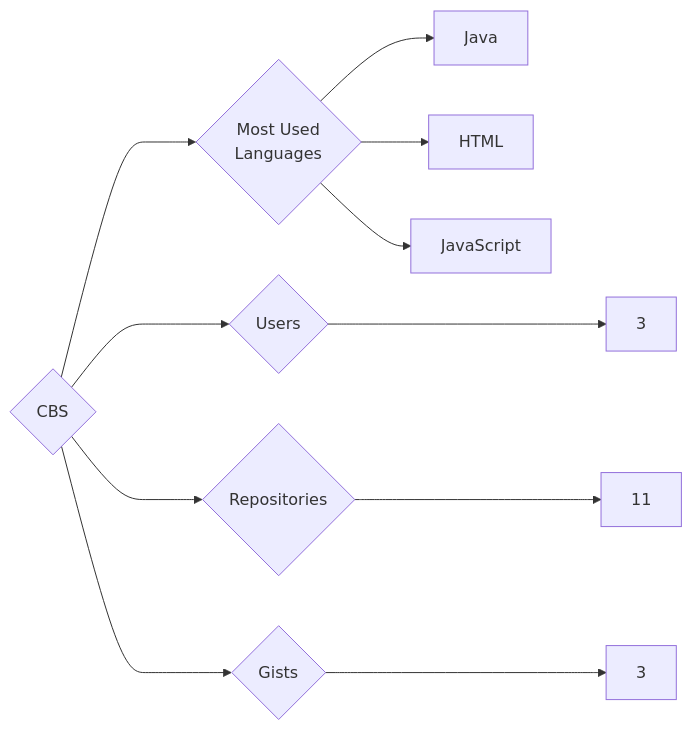
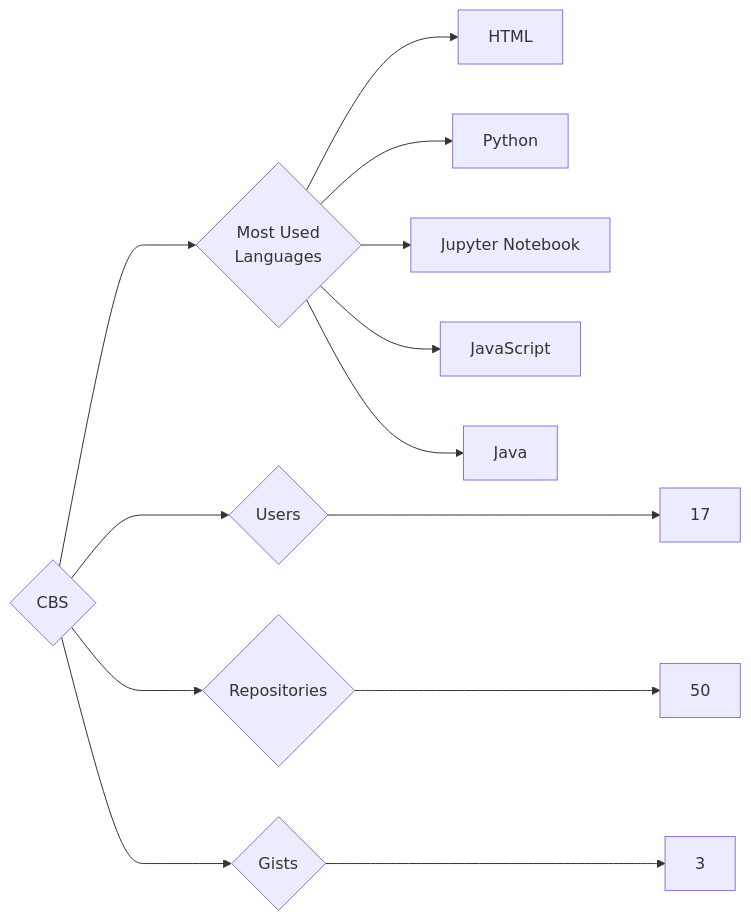
The diagram in targets/CBS/README.md (trickest/insiders), drawn with Mermaid before and after one commit. The commit also changed 888 other files, not shown here.

````diff
--- a/targets/CBS/README.md
+++ b/targets/CBS/README.md
@@ -3,11 +3,13 @@
 ```mermaid
 graph LR
 COMPANY_NAME{CBS}
-COMPANY_NAME ---> U{Users} ---> UN[3]
-COMPANY_NAME ---> R{Repositories} ---> RN[11]
+COMPANY_NAME ---> U{Users} ---> UN[17]
+COMPANY_NAME ---> R{Repositories} ---> RN[50]
 COMPANY_NAME ---> G{Gists} ---> GN[3]
 COMPANY_NAME ---> ML{Most Used<br>Languages}
+ML --> HTML[HTML]
+ML --> Python[Python]
+ML --> Jupyter_Notebook[Jupyter Notebook]
+ML --> JavaScript[JavaScript]
 ML --> Java[Java]
-ML --> HTML[HTML]
-ML --> JavaScript[JavaScript]
 ```
````
